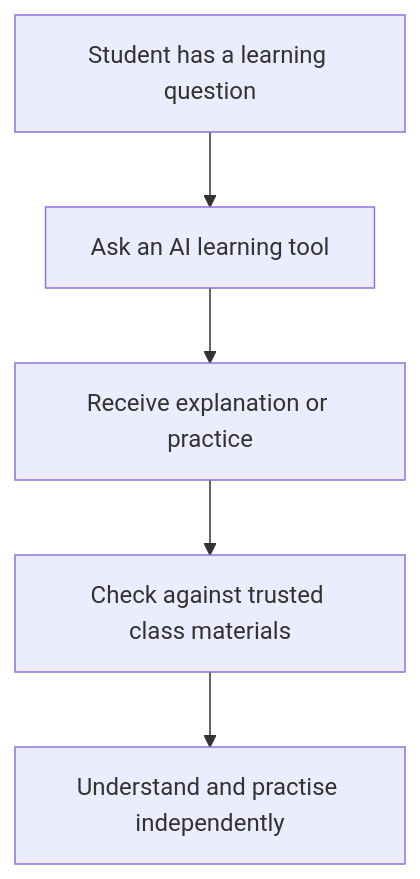
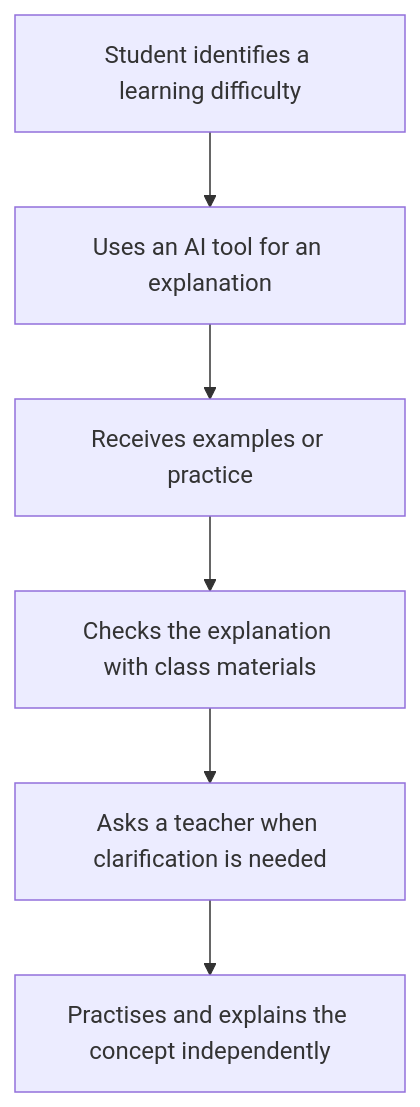
One commit to NicolausLionel/SLN changed the first of 6 diagrams in content/03_applications-of-ai.md. Above: the diagram before and after it, drawn with Mermaid. The commit also changed other lines of this file, not shown here.

````diff
--- a/content/03_applications-of-ai.md
+++ b/content/03_applications-of-ai.md
@@ -39,7 +89,8 @@
 ```mermaid
 flowchart TD
- A[Student has a learning question] --> B[Ask an AI learning tool]
- B --> C[Receive explanation or practice]
- C --> D[Check against trusted class materials]
- D --> E[Understand and practise independently]
+ A[Student identifies a learning difficulty] --> B[Uses an AI tool for an explanation]
+ B --> C[Receives examples or practice]
+ C --> D[Checks the explanation with class materials]
+ D --> E[Asks a teacher when clarification is needed]
+ E --> F[Practises and explains the concept independently]
 ```
````
